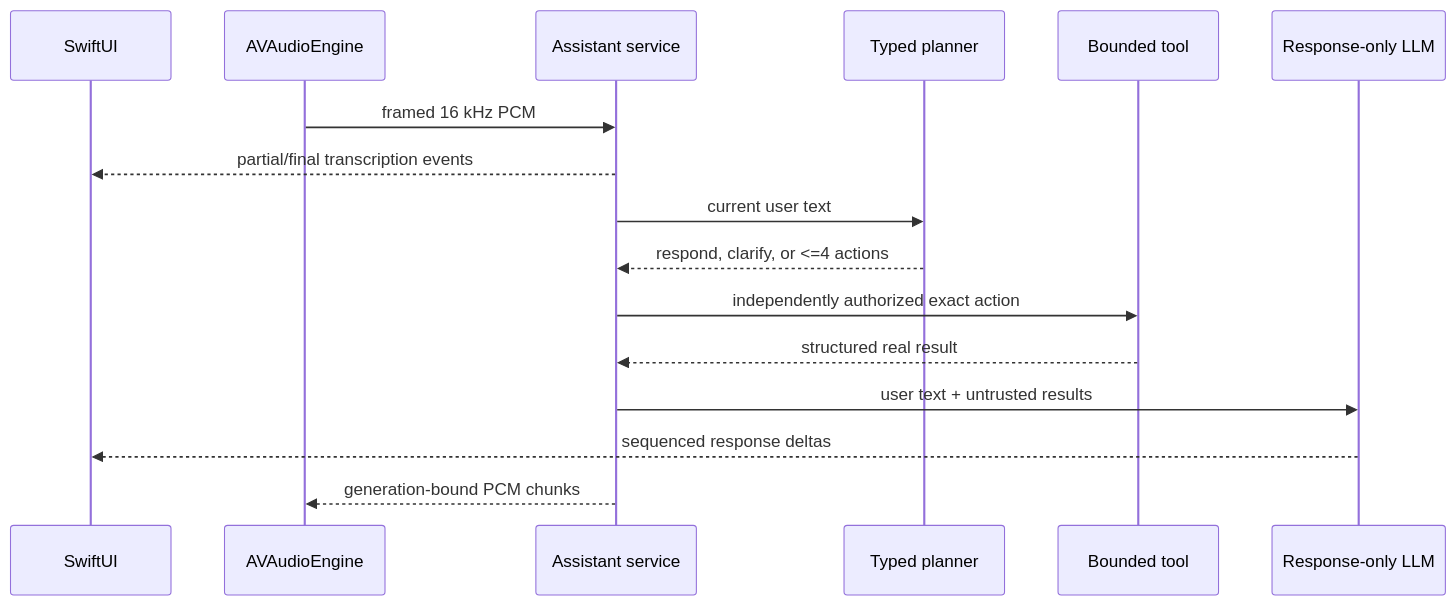
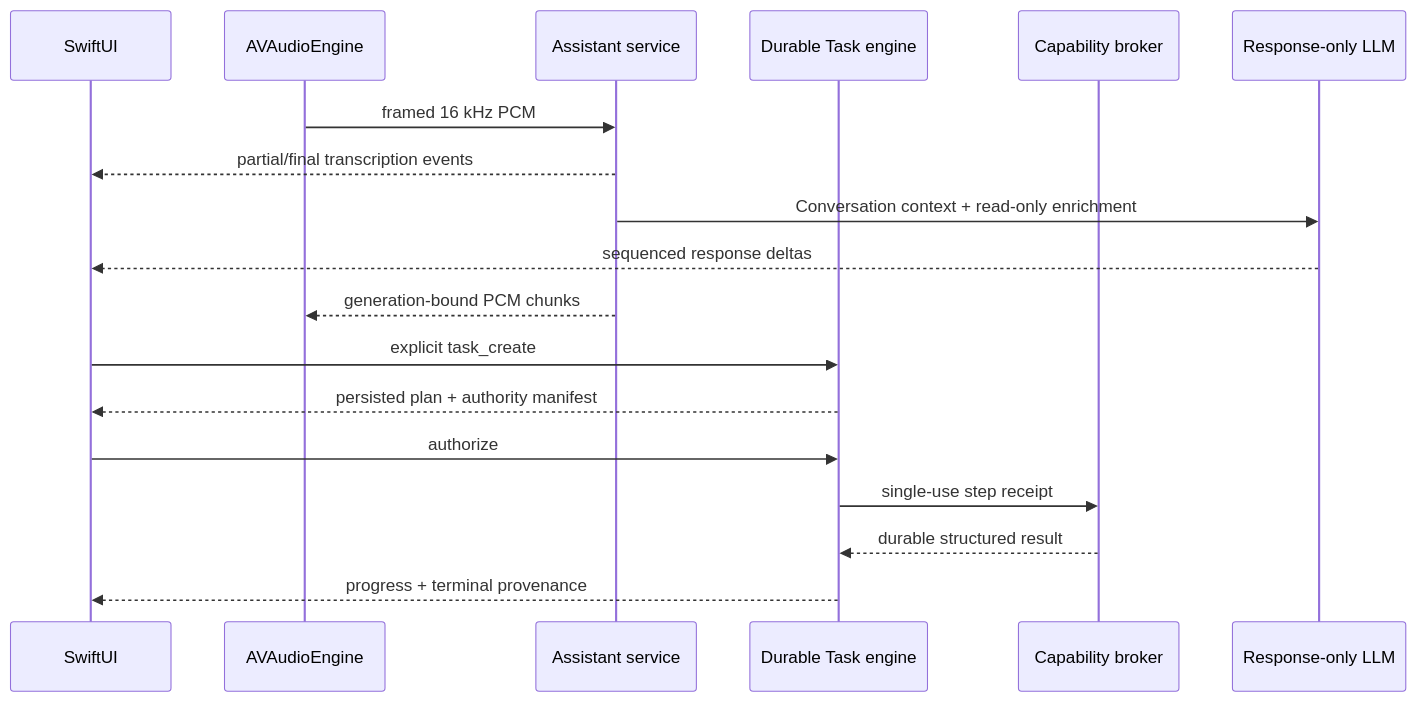
The diagram in docs/ARCHITECTURE.md (lukifer23/MacBot), drawn with Mermaid before and after one commit. The commit also changed other lines of this file and 60 other files, not shown here.

Commit message:
Build durable task architecture and native task center

````diff
--- a/docs/ARCHITECTURE.md
+++ b/docs/ARCHITECTURE.md
@@ -15,19 +41,21 @@
 ```mermaid
 sequenceDiagram
     participant UI as SwiftUI
     participant Audio as AVAudioEngine
     participant Assistant as Assistant service
-    participant Planner as Typed planner
-    participant Tool as Bounded tool
+    participant Task as Durable Task engine
+    participant Broker as Capability broker
     participant Model as Response-only LLM
 
     Audio->>Assistant: framed 16 kHz PCM
     Assistant-->>UI: partial/final transcription events
-    Assistant->>Planner: current user text
-    Planner-->>Assistant: respond, clarify, or <=4 actions
-    Assistant->>Tool: independently authorized exact action
-    Tool-->>Assistant: structured real result
-    Assistant->>Model: user text + untrusted results
+    Assistant->>Model: Conversation context + read-only enrichment
     Model-->>UI: sequenced response deltas
     Assistant-->>Audio: generation-bound PCM chunks
+    UI->>Task: explicit task_create
+    Task-->>UI: persisted plan + authority manifest
+    UI->>Task: authorize
+    Task->>Broker: single-use step receipt
+    Broker-->>Task: durable structured result
+    Task-->>UI: progress + terminal provenance
 ```
````
